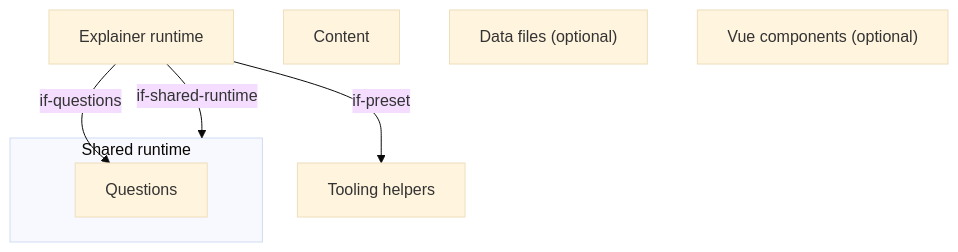
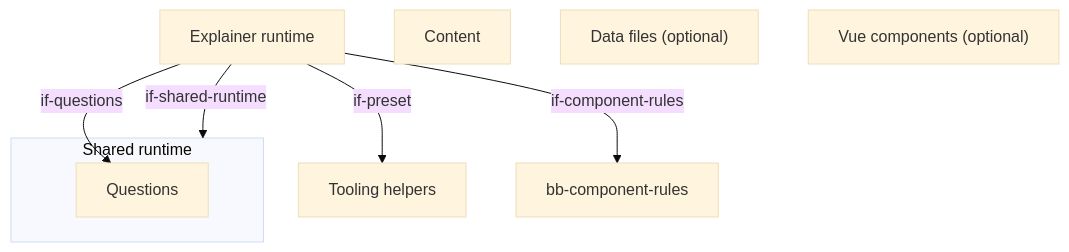
The first of 2 diagrams in explainer/docs/arc42/05-explainer-building-blocks.arc42.md (lernapps/app-templates), drawn with Mermaid (base theme) before and after one commit. The commit also changed other lines of this file and 31 other files, not shown here.

````diff
--- a/explainer/docs/arc42/05-explainer-building-blocks.arc42.md
+++ b/explainer/docs/arc42/05-explainer-building-blocks.arc42.md
@@ -22,14 +22,15 @@
 ```mermaid
 flowchart TB
     bb-tooling["Tooling helpers"]
     bb-archetype-runtime["Explainer runtime"]
     subgraph bb-runtime["Shared runtime"]
         bb-questions["Questions"]
     end
     bb-explainer-content["Content"]
     bb-explainer-data["Data files (optional)"]
     bb-explainer-components["Vue components (optional)"]
     bb-archetype-runtime -->|"if-shared-runtime"| bb-runtime
     bb-archetype-runtime -->|"if-questions"| bb-questions
+    bb-archetype-runtime -->|"if-component-rules"| bb-component-rules
     bb-archetype-runtime -->|"if-preset"| bb-tooling
 ```
````
